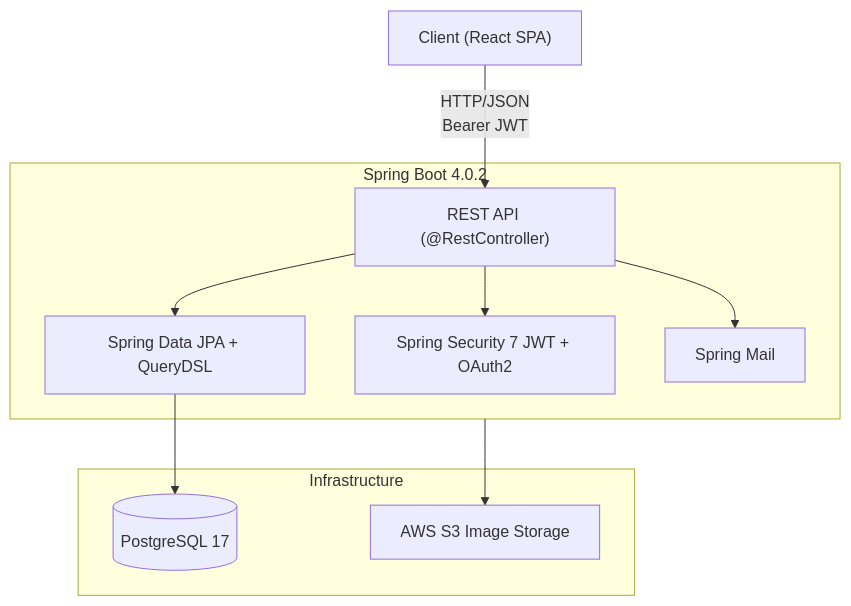
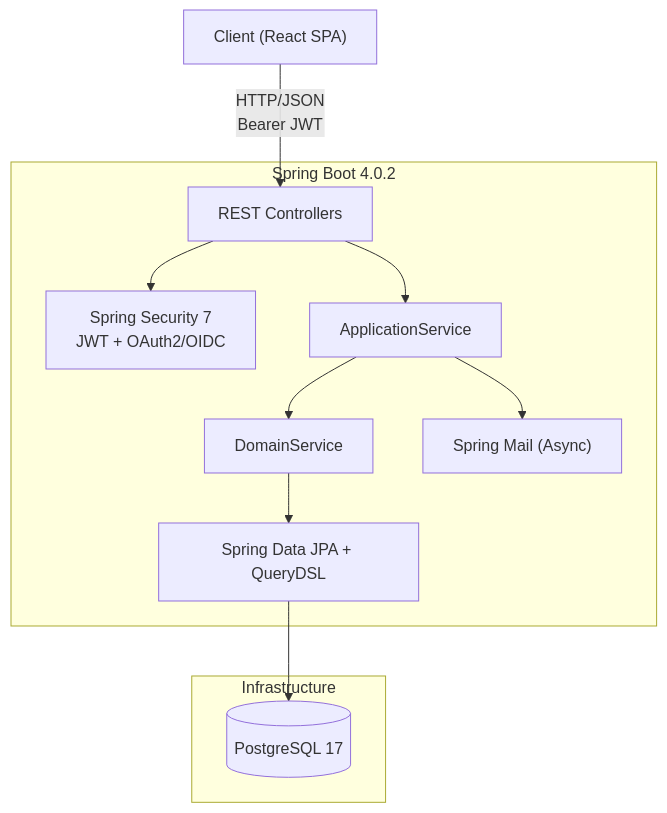
Before and after one commit to bitcham/jokahobby: the diagram in README.md, drawn with Mermaid. The commit also changed other lines of this file, not shown here.

````diff
--- a/README.md
+++ b/README.md
@@ -13,23 +13,25 @@
 ```mermaid
 flowchart TB
     Client["Client (React SPA)"]
 
     subgraph Backend["Spring Boot 4.0.2"]
-        SEC["Spring Security 7 JWT + OAuth2"]
-        API["REST API (@RestController)"]
+        SEC["Spring Security 7\nJWT + OAuth2/OIDC"]
+        CTRL["REST Controllers"]
+        APP["ApplicationService"]
+        SVC["DomainService"]
         JPA["Spring Data JPA + QueryDSL"]
-        MAIL["Spring Mail"]
+        MAIL["Spring Mail (Async)"]
     end
 
     subgraph Infra["Infrastructure"]
         PG[("PostgreSQL 17")]
-        S3["AWS S3 Image Storage"]
     end
 
-    Client -->|"HTTP/JSON\nBearer JWT"| API
-    API --> SEC
-    API --> JPA
-    API --> MAIL
+    Client -->|"HTTP/JSON\nBearer JWT"| CTRL
+    CTRL --> SEC
+    CTRL --> APP
+    APP --> SVC
+    SVC --> JPA
+    APP --> MAIL
     JPA --> PG
-    Backend --> S3
 ```
````
